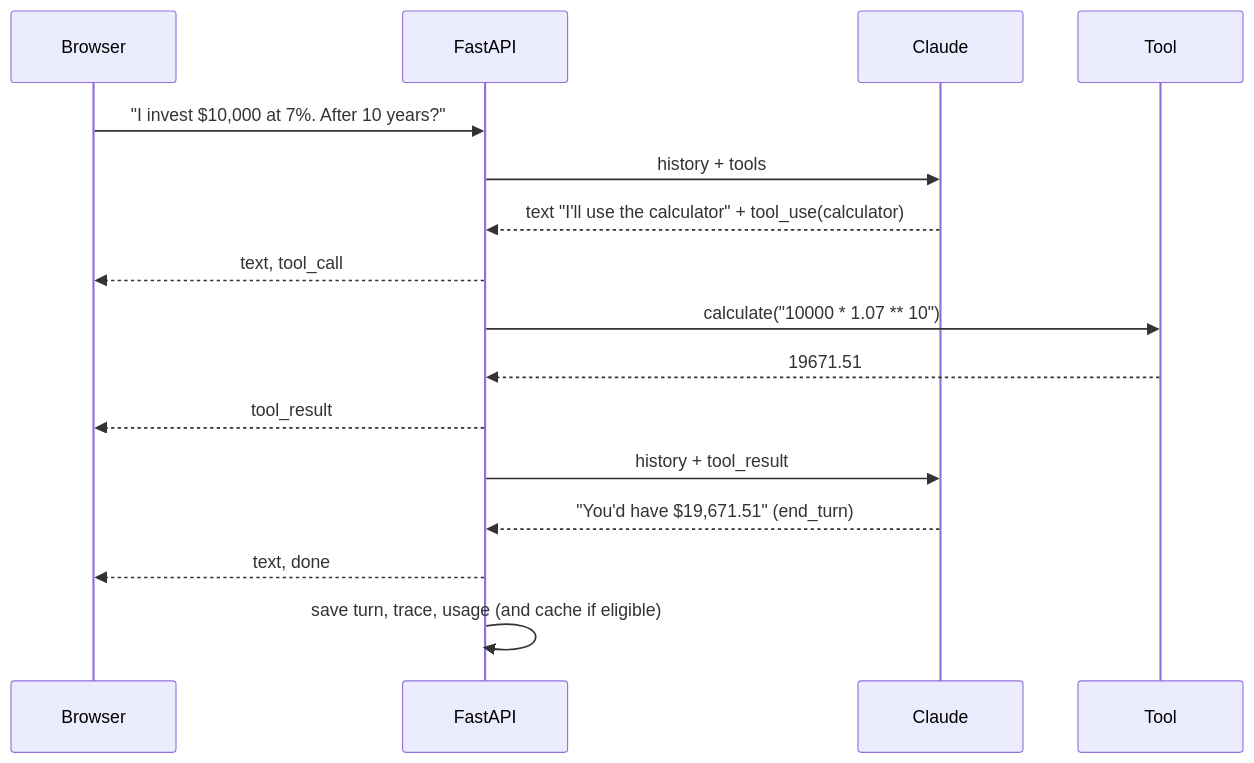
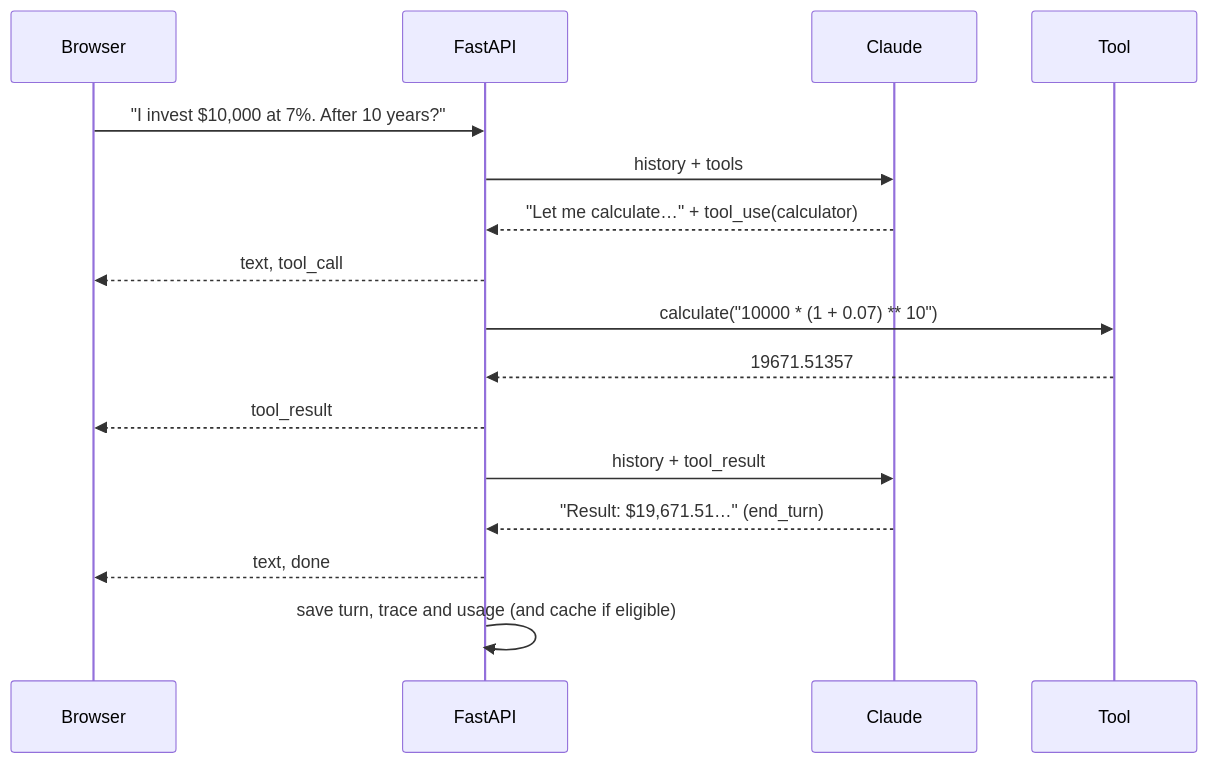
The second of 2 diagrams in README.md (aurimas13/Claude-Agent-From-Scratch), drawn with Mermaid before and after one commit. The commit also changed other lines of this file and 19 other files, not shown here.

````diff
--- a/README.md
+++ b/README.md
@@ -55,18 +121,18 @@
 ```mermaid
 sequenceDiagram
     participant B as Browser
     participant API as FastAPI
     participant C as Claude
     participant T as Tool
     B->>API: "I invest $10,000 at 7%. After 10 years?"
     API->>C: history + tools
-    C-->>API: text "I'll use the calculator" + tool_use(calculator)
+    C-->>API: "Let me calculate…" + tool_use(calculator)
     API-->>B: text, tool_call
-    API->>T: calculate("10000 * 1.07 ** 10")
-    T-->>API: 19671.51
+    API->>T: calculate("10000 * (1 + 0.07) ** 10")
+    T-->>API: 19671.51357
     API-->>B: tool_result
     API->>C: history + tool_result
-    C-->>API: "You'd have $19,671.51" (end_turn)
+    C-->>API: "Result: $19,671.51…" (end_turn)
     API-->>B: text, done
-    API->>API: save turn, trace, usage (and cache if eligible)
+    API->>API: save turn, trace and usage (and cache if eligible)
 ```
````
